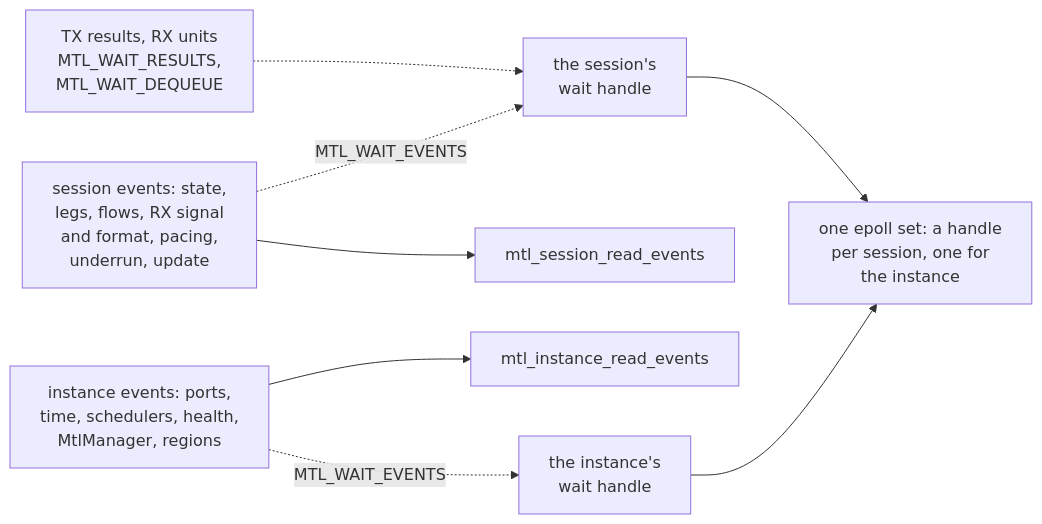
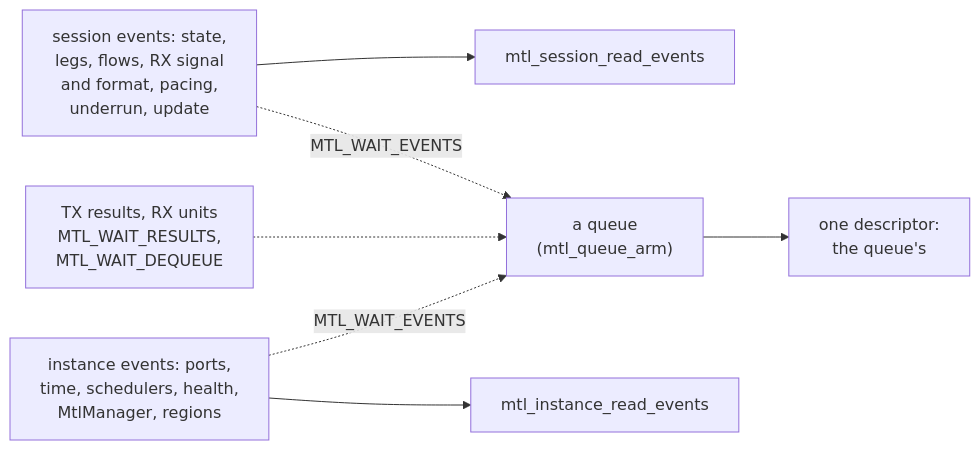
Diagram 13 of 15 in doc/unified-api/contract.md (Sakoram/Media-Transport-Library), drawn with Mermaid before and after one commit. The commit also changed other lines of this file and 52 other files, not shown here.

````diff
--- a/doc/unified-api/contract.md
+++ b/doc/unified-api/contract.md
@@ -2328,10 +2458,9 @@
 ```mermaid
 flowchart LR
-    RES["TX results, RX units<br/>MTL_WAIT_RESULTS,<br/>MTL_WAIT_DEQUEUE"] -.-> SH["the session's<br/>wait handle"]
-    SE["session events: state,<br/>legs, flows, RX signal<br/>and format, pacing,<br/>underrun, update"] -.->|"MTL_WAIT_EVENTS"| SH
-    SE --> SR["mtl_session_read_events"]
-    IE["instance events: ports,<br/>time, schedulers, health,<br/>MtlManager, regions"] --> IR["mtl_instance_read_events"]
-    IE -.->|"MTL_WAIT_EVENTS"| IH["the instance's<br/>wait handle"]
-    SH --> EP["one epoll set: a handle<br/>per session, one for<br/>the instance"]
-    IH --> EP
+    SE["session events: state,<br/>legs, flows, RX signal<br/>and format, pacing,<br/>underrun, update"] --> SR["mtl_session_read_events"]
+    SE -.->|"MTL_WAIT_EVENTS"| Q["a queue<br/>(mtl_queue_arm)"]
+    RES["TX results, RX units<br/>MTL_WAIT_RESULTS,<br/>MTL_WAIT_DEQUEUE"] -.-> Q
+    IE["instance events: ports,<br/>time, schedulers, health,<br/>MtlManager, regions"] -.->|"MTL_WAIT_EVENTS"| Q
+    IE --> IR["mtl_instance_read_events"]
+    Q --> EP["one descriptor:<br/>the queue's"]
 ```
````
